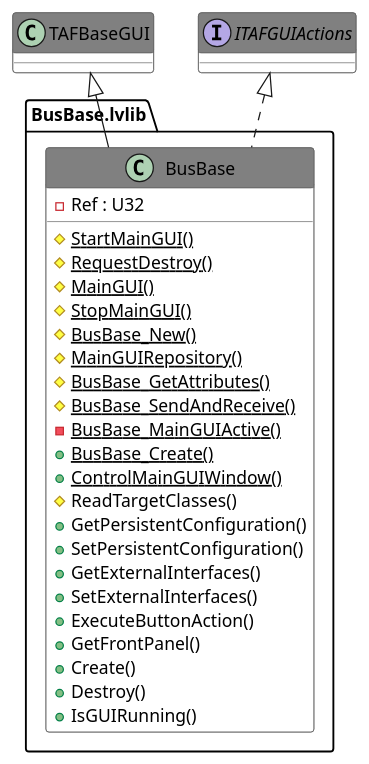
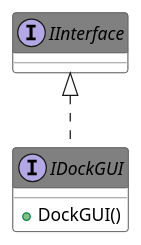
The diagram in Source/Antidoc-Output/Includes/028.adoc (PatriekBruins/TriekselsoftApplicationFramework), drawn with PlantUML before and after one commit. The commit also changed other lines of this file and 692 other files, not shown here.

```diff
--- a/Source/Antidoc-Output/Includes/028.adoc
+++ b/Source/Antidoc-Output/Includes/028.adoc
@@ -8,44 +8,22 @@
 [plantuml, format="svg", align="center"]
 ....
 @startuml
 set namespaceSeparator :
 skinparam ClassBackgroundColor #FFFFFF
 skinparam ClassBorderColor #555555
 skinparam ClassFontColor #000000
 skinparam ClassHeaderBackgroundColor #808080
 
 skinparam top to bottom direction
-class "BusBase.lvlib:BusBase" {
-{field} -Ref : U32
-{static} {method} #StartMainGUI()
-{static} {method} #RequestDestroy()
-{static} {method} #MainGUI()
-{static} {method} #StopMainGUI()
-{static} {method} #BusBase_New()
-{static} {method} #MainGUIRepository()
-{static} {method} #BusBase_GetAttributes()
-{static} {method} #BusBase_SendAndReceive()
-{static} {method} -BusBase_MainGUIActive()
-{static} {method} +BusBase_Create()
-{static} {method} +ControlMainGUIWindow()
-{method} #ReadTargetClasses()
-{method} +GetPersistentConfiguration()
-{method} +SetPersistentConfiguration()
-{method} +GetExternalInterfaces()
-{method} +SetExternalInterfaces()
-{method} +ExecuteButtonAction()
-{method} +GetFrontPanel()
-{method} +Create()
-{method} +Destroy()
-{method} +IsGUIRunning()
+interface "IDockGUI" {
+{method} +DockGUI()
 
 }
-"TAFBaseGUI" <|-- "BusBase.lvlib:BusBase"
-"ITAFGUIActions" <|.. "BusBase.lvlib:BusBase"
-interface "ITAFGUIActions" {}
+"IInterface" <|.. "IDockGUI"
+interface "IInterface" {}
 
 
 
 
 @enduml
 ....
```
